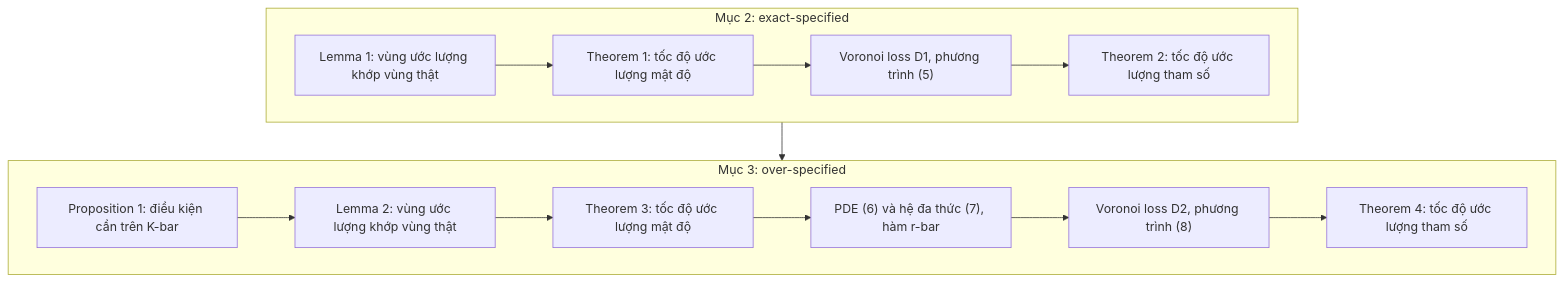
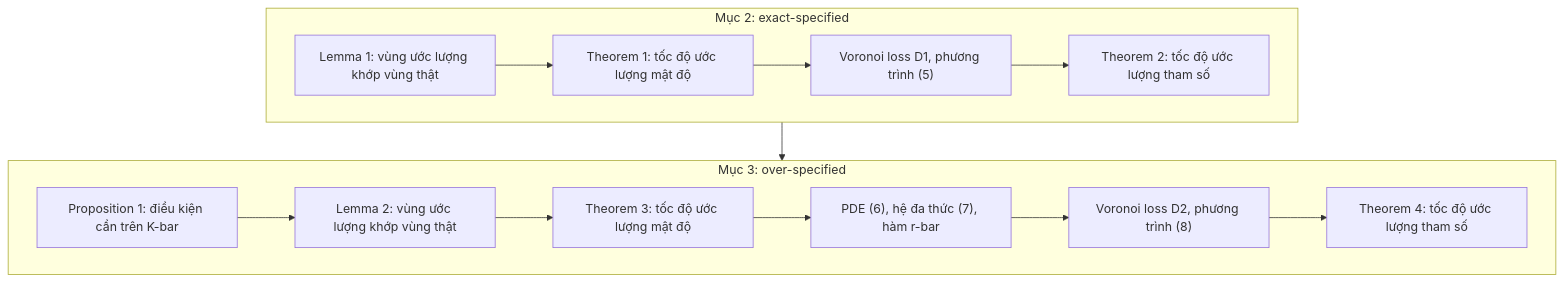
Before and after one commit to tuandung222/How-to-write-Astar-Paper: the diagram in docs/05-case-studies/topk-moe.md, drawn with Mermaid. The commit also changed other lines of this file and 10 other files, not shown here.

````diff
--- a/docs/05-case-studies/topk-moe.md
+++ b/docs/05-case-studies/topk-moe.md
@@ -167,16 +147,16 @@
 ```mermaid
 flowchart TB
     subgraph S2["Mục 2: exact-specified"]
         A1["Lemma 1: vùng ước lượng khớp vùng thật"] --> A2["Theorem 1: tốc độ ước lượng mật độ"]
         A2 --> A3["Voronoi loss D1, phương trình (5)"]
         A3 --> A4["Theorem 2: tốc độ ước lượng tham số"]
     end
     subgraph S3["Mục 3: over-specified"]
         B0["Proposition 1: điều kiện cần trên K-bar"] --> B1["Lemma 2: vùng ước lượng khớp vùng thật"]
         B1 --> B2["Theorem 3: tốc độ ước lượng mật độ"]
-        B2 --> B3["PDE (6) và hệ đa thức (7), hàm r-bar"]
+        B2 --> B3["PDE (6), hệ đa thức (7), hàm r-bar"]
         B3 --> B4["Voronoi loss D2, phương trình (8)"]
         B4 --> B5["Theorem 4: tốc độ ước lượng tham số"]
     end
     S2 --> S3
 ```
````
